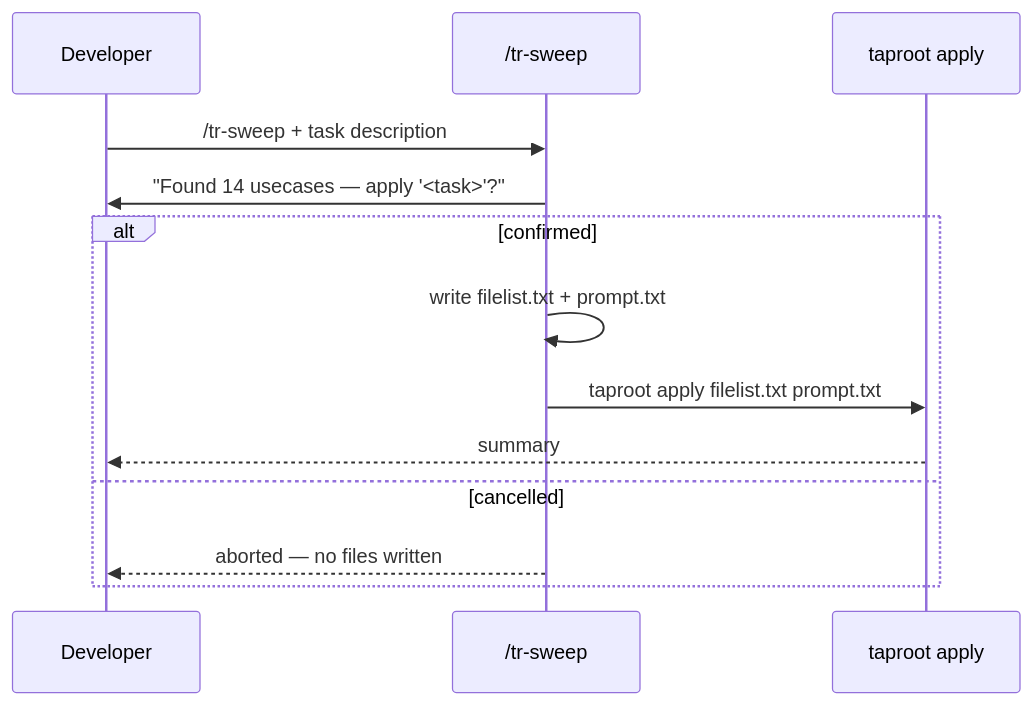
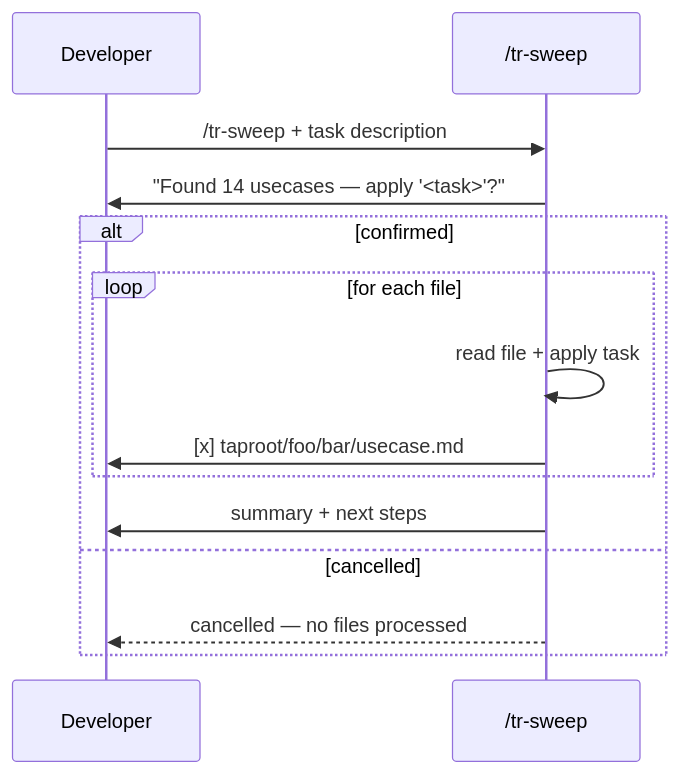
One commit to imix/taproot changed the diagram in taproot/human-integration/hierarchy-sweep/usecase.md. Above: the diagram before and after it, drawn with Mermaid. The commit also changed other lines of this file, not shown here.

Commit message:
refine(human-integration/hierarchy-sweep): replace taproot apply delegation with in-session per-file iteration

````diff
--- a/taproot/human-integration/hierarchy-sweep/usecase.md
+++ b/taproot/human-integration/hierarchy-sweep/usecase.md
@@ -46,16 +47,17 @@
 ```mermaid
 sequenceDiagram
     participant Dev as Developer
     participant Skill as /tr-sweep
-    participant CLI as taproot apply
 
     Dev->>Skill: /tr-sweep + task description
     Skill->>Dev: "Found 14 usecases — apply '<task>'?"
     alt confirmed
-        Skill->>Skill: write filelist.txt + prompt.txt
-        Skill->>CLI: taproot apply filelist.txt prompt.txt
-        CLI-->>Dev: summary
+        loop for each file
+            Skill->>Skill: read file + apply task
+            Skill->>Dev: [x] taproot/foo/bar/usecase.md
+        end
+        Skill->>Dev: summary + next steps
     else cancelled
-        Skill-->>Dev: aborted — no files written
+        Skill-->>Dev: cancelled — no files processed
     end
 ```
````
